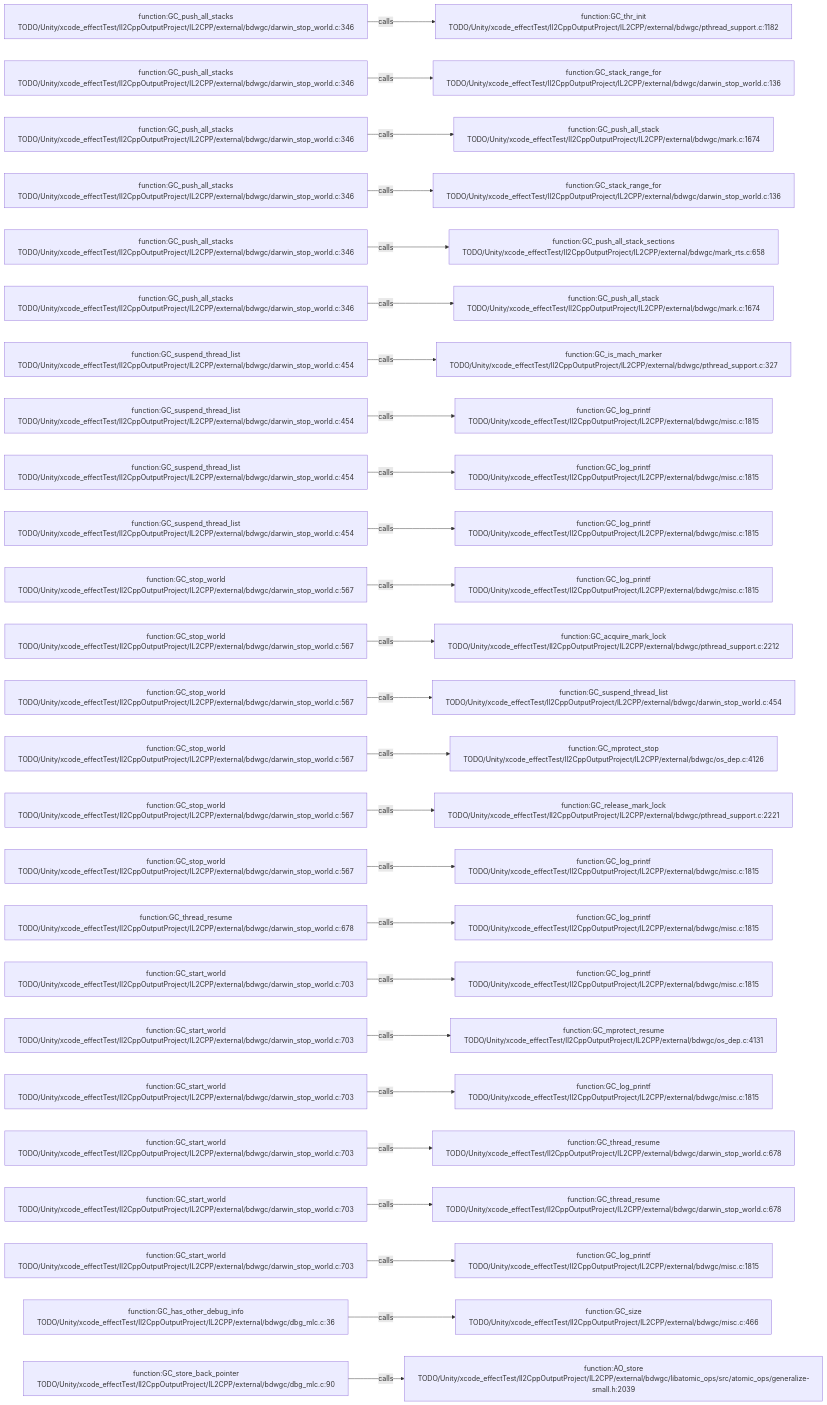
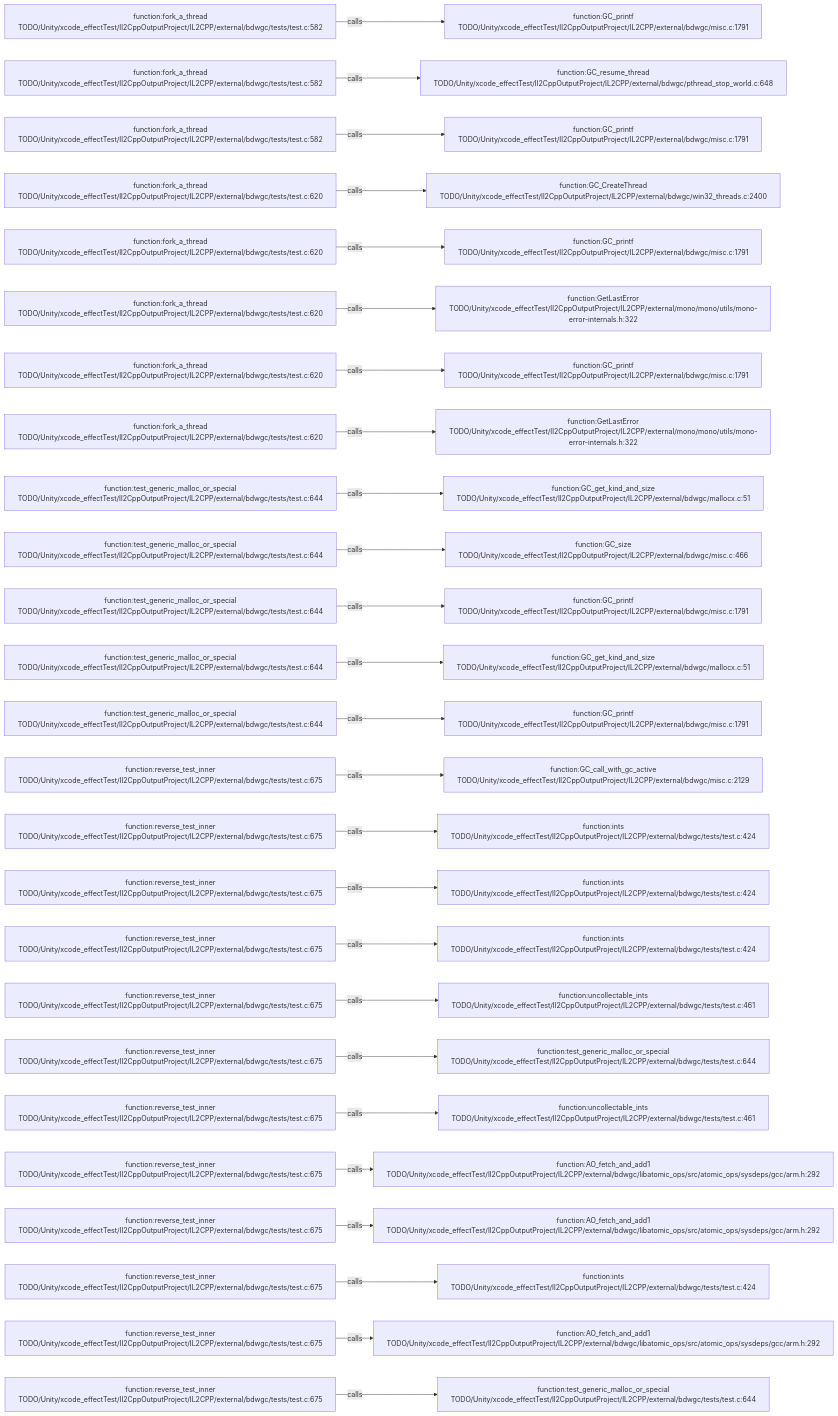
Before and after one commit to JobsKits/JobsSwiftBaseConfigDemo: the diagram in .codegraph/codegraph.md/graphs/calls-164.md, drawn with Mermaid. The commit also changed 227 other files, not shown here.

````diff
--- a/.codegraph/codegraph.md/graphs/calls-164.md
+++ b/.codegraph/codegraph.md/graphs/calls-164.md
@@ -13,78 +13,78 @@
 ```mermaid
 flowchart LR
-  S1["function:GC_push_all_stacks<br/>TODO/Unity/xcode_effectTest/Il2CppOutputProject/IL2CPP/external/bdwgc/darwin_stop_world.c:346"]
-  T1["function:GC_thr_init<br/>TODO/Unity/xcode_effectTest/Il2CppOutputProject/IL2CPP/external/bdwgc/pthread_support.c:1182"]
+  S1["function:fork_a_thread<br/>TODO/Unity/xcode_effectTest/Il2CppOutputProject/IL2CPP/external/bdwgc/tests/test.c:582"]
+  T1["function:GC_printf<br/>TODO/Unity/xcode_effectTest/Il2CppOutputProject/IL2CPP/external/bdwgc/misc.c:1791"]
   S1 -->|calls| T1
-  S2["function:GC_push_all_stacks<br/>TODO/Unity/xcode_effectTest/Il2CppOutputProject/IL2CPP/external/bdwgc/darwin_stop_world.c:346"]
-  T2["function:GC_stack_range_for<br/>TODO/Unity/xcode_effectTest/Il2CppOutputProject/IL2CPP/external/bdwgc/darwin_stop_world.c:136"]
+  S2["function:fork_a_thread<br/>TODO/Unity/xcode_effectTest/Il2CppOutputProject/IL2CPP/external/bdwgc/tests/test.c:582"]
+  T2["function:GC_resume_thread<br/>TODO/Unity/xcode_effectTest/Il2CppOutputProject/IL2CPP/external/bdwgc/pthread_stop_world.c:648"]
   S2 -->|calls| T2
-  S3["function:GC_push_all_stacks<br/>TODO/Unity/xcode_effectTest/Il2CppOutputProject/IL2CPP/external/bdwgc/darwin_stop_world.c:346"]
-  T3["function:GC_push_all_stack<br/>TODO/Unity/xcode_effectTest/Il2CppOutputProject/IL2CPP/external/bdwgc/mark.c:1674"]
+  S3["function:fork_a_thread<br/>TODO/Unity/xcode_effectTest/Il2CppOutputProject/IL2CPP/external/bdwgc/tests/test.c:582"]
+  T3["function:GC_printf<br/>TODO/Unity/xcode_effectTest/Il2CppOutputProject/IL2CPP/external/bdwgc/misc.c:1791"]
   S3 -->|calls| T3
-  S4["function:GC_push_all_stacks<br/>TODO/Unity/xcode_effectTest/Il2CppOutputProject/IL2CPP/external/bdwgc/darwin_stop_world.c:346"]
-  T4["function:GC_stack_range_for<br/>TODO/Unity/xcode_effectTest/Il2CppOutputProject/IL2CPP/external/bdwgc/darwin_stop_world.c:136"]
+  S4["function:fork_a_thread<br/>TODO/Unity/xcode_effectTest/Il2CppOutputProject/IL2CPP/external/bdwgc/tests/test.c:620"]
+  T4["function:GC_CreateThread<br/>TODO/Unity/xcode_effectTest/Il2CppOutputProject/IL2CPP/external/bdwgc/win32_threads.c:2400"]
   S4 -->|calls| T4
-  S5["function:GC_push_all_stacks<br/>TODO/Unity/xcode_effectTest/Il2CppOutputProject/IL2CPP/external/bdwgc/darwin_stop_world.c:346"]
-  T5["function:GC_push_all_stack_sections<br/>TODO/Unity/xcode_effectTest/Il2CppOutputProject/IL2CPP/external/bdwgc/mark_rts.c:658"]
+  S5["function:fork_a_thread<br/>TODO/Unity/xcode_effectTest/Il2CppOutputProject/IL2CPP/external/bdwgc/tests/test.c:620"]
+  T5["function:GC_printf<br/>TODO/Unity/xcode_effectTest/Il2CppOutputProject/IL2CPP/external/bdwgc/misc.c:1791"]
   S5 -->|calls| T5
-  S6["function:GC_push_all_stacks<br/>TODO/Unity/xcode_effectTest/Il2CppOutputProject/IL2CPP/external/bdwgc/darwin_stop_world.c:346"]
-  T6["function:GC_push_all_stack<br/>TODO/Unity/xcode_effectTest/Il2CppOutputProject/IL2CPP/external/bdwgc/mark.c:1674"]
+  S6["function:fork_a_thread<br/>TODO/Unity/xcode_effectTest/Il2CppOutputProject/IL2CPP/external/bdwgc/tests/test.c:620"]
+  T6["function:GetLastError<br/>TODO/Unity/xcode_effectTest/Il2CppOutputProject/IL2CPP/external/mono/mono/utils/mono-error-internals.h:322"]
   S6 -->|calls| T6
-  S7["function:GC_suspend_thread_list<br/>TODO/Unity/xcode_effectTest/Il2CppOutputProject/IL2CPP/external/bdwgc/darwin_stop_world.c:454"]
-  T7["function:GC_is_mach_marker<br/>TODO/Unity/xcode_effectTest/Il2CppOutputProject/IL2CPP/external/bdwgc/pthread_support.c:327"]
+  S7["function:fork_a_thread<br/>TODO/Unity/xcode_effectTest/Il2CppOutputProject/IL2CPP/external/bdwgc/tests/test.c:620"]
+  T7["function:GC_printf<br/>TODO/Unity/xcode_effectTest/Il2CppOutputProject/IL2CPP/external/bdwgc/misc.c:1791"]
   S7 -->|calls| T7
-  S8["function:GC_suspend_thread_list<br/>TODO/Unity/xcode_effectTest/Il2CppOutputProject/IL2CPP/external/bdwgc/darwin_stop_world.c:454"]
-  T8["function:GC_log_printf<br/>TODO/Unity/xcode_effectTest/Il2CppOutputProject/IL2CPP/external/bdwgc/misc.c:1815"]
+  S8["function:fork_a_thread<br/>TODO/Unity/xcode_effectTest/Il2CppOutputProject/IL2CPP/external/bdwgc/tests/test.c:620"]
+  T8["function:GetLastError<br/>TODO/Unity/xcode_effectTest/Il2CppOutputProject/IL2CPP/external/mono/mono/utils/mono-error-internals.h:322"]
   S8 -->|calls| T8
-  S9["function:GC_suspend_thread_list<br/>TODO/Unity/xcode_effectTest/Il2CppOutputProject/IL2CPP/external/bdwgc/darwin_stop_world.c:454"]
-  T9["function:GC_log_printf<br/>TODO/Unity/xcode_effectTest/Il2CppOutputProject/IL2CPP/external/bdwgc/misc.c:1815"]
+  S9["function:test_generic_malloc_or_special<br/>TODO/Unity/xcode_effectTest/Il2CppOutputProject/IL2CPP/external/bdwgc/tests/test.c:644"]
+  T9["function:GC_get_kind_and_size<br/>TODO/Unity/xcode_effectTest/Il2CppOutputProject/IL2CPP/external/bdwgc/mallocx.c:51"]
   S9 -->|calls| T9
-  S10["function:GC_suspend_thread_list<br/>TODO/Unity/xcode_effectTest/Il2CppOutputProject/IL2CPP/external/bdwgc/darwin_stop_world.c:454"]
-  T10["function:GC_log_printf<br/>TODO/Unity/xcode_effectTest/Il2CppOutputProject/IL2CPP/external/bdwgc/misc.c:1815"]
+  S10["function:test_generic_malloc_or_special<br/>TODO/Unity/xcode_effectTest/Il2CppOutputProject/IL2CPP/external/bdwgc/tests/test.c:644"]
+  T10["function:GC_size<br/>TODO/Unity/xcode_effectTest/Il2CppOutputProject/IL2CPP/external/bdwgc/misc.c:466"]
   S10 -->|calls| T10
-  S11["function:GC_stop_world<br/>TODO/Unity/xcode_effectTest/Il2CppOutputProject/IL2CPP/external/bdwgc/darwin_stop_world.c:567"]
-  T11["function:GC_log_printf<br/>TODO/Unity/xcode_effectTest/Il2CppOutputProject/IL2CPP/external/bdwgc/misc.c:1815"]
+  S11["function:test_generic_malloc_or_special<br/>TODO/Unity/xcode_effectTest/Il2CppOutputProject/IL2CPP/external/bdwgc/tests/test.c:644"]
+  T11["function:GC_printf<br/>TODO/Unity/xcode_effectTest/Il2CppOutputProject/IL2CPP/external/bdwgc/misc.c:1791"]
   S11 -->|calls| T11
-  S12["function:GC_stop_world<br/>TODO/Unity/xcode_effectTest/Il2CppOutputProject/IL2CPP/external/bdwgc/darwin_stop_world.c:567"]
-  T12["function:GC_acquire_mark_lock<br/>TODO/Unity/xcode_effectTest/Il2CppOutputProject/IL2CPP/external/bdwgc/pthread_support.c:2212"]
+  S12["function:test_generic_malloc_or_special<br/>TODO/Unity/xcode_effectTest/Il2CppOutputProject/IL2CPP/external/bdwgc/tests/test.c:644"]
+  T12["function:GC_get_kind_and_size<br/>TODO/Unity/xcode_effectTest/Il2CppOutputProject/IL2CPP/external/bdwgc/mallocx.c:51"]
   S12 -->|calls| T12
-  S13["function:GC_stop_world<br/>TODO/Unity/xcode_effectTest/Il2CppOutputProject/IL2CPP/external/bdwgc/darwin_stop_world.c:567"]
-  T13["function:GC_suspend_thread_list<br/>TODO/Unity/xcode_effectTest/Il2CppOutputProject/IL2CPP/external/bdwgc/darwin_stop_world.c:454"]
+  S13["function:test_generic_malloc_or_special<br/>TODO/Unity/xcode_effectTest/Il2CppOutputProject/IL2CPP/external/bdwgc/tests/test.c:644"]
+  T13["function:GC_printf<br/>TODO/Unity/xcode_effectTest/Il2CppOutputProject/IL2CPP/external/bdwgc/misc.c:1791"]
   S13 -->|calls| T13
-  S14["function:GC_stop_world<br/>TODO/Unity/xcode_effectTest/Il2CppOutputProject/IL2CPP/external/bdwgc/darwin_stop_world.c:567"]
-  T14["function:GC_mprotect_stop<br/>TODO/Unity/xcode_effectTest/Il2CppOutputProject/IL2CPP/external/bdwgc/os_dep.c:4126"]
+  S14["function:reverse_test_inner<br/>TODO/Unity/xcode_effectTest/Il2CppOutputProject/IL2CPP/external/bdwgc/tests/test.c:675"]
+  T14["function:GC_call_with_gc_active<br/>TODO/Unity/xcode_effectTest/Il2CppOutputProject/IL2CPP/external/bdwgc/misc.c:2129"]
   S14 -->|calls| T14
-  S15["function:GC_stop_world<br/>TODO/Unity/xcode_effectTest/Il2CppOutputProject/IL2CPP/external/bdwgc/darwin_stop_world.c:567"]
-  T15["function:GC_release_mark_lock<br/>TODO/Unity/xcode_effectTest/Il2CppOutputProject/IL2CPP/external/bdwgc/pthread_support.c:2221"]
+  S15["function:reverse_test_inner<br/>TODO/Unity/xcode_effectTest/Il2CppOutputProject/IL2CPP/external/bdwgc/tests/test.c:675"]
+  T15["function:ints<br/>TODO/Unity/xcode_effectTest/Il2CppOutputProject/IL2CPP/external/bdwgc/tests/test.c:424"]
   S15 -->|calls| T15
-  S16["function:GC_stop_world<br/>TODO/Unity/xcode_effectTest/Il2CppOutputProject/IL2CPP/external/bdwgc/darwin_stop_world.c:567"]
-  T16["function:GC_log_printf<br/>TODO/Unity/xcode_effectTest/Il2CppOutputProject/IL2CPP/external/bdwgc/misc.c:1815"]
+  S16["function:reverse_test_inner<br/>TODO/Unity/xcode_effectTest/Il2CppOutputProject/IL2CPP/external/bdwgc/tests/test.c:675"]
+  T16["function:ints<br/>TODO/Unity/xcode_effectTest/Il2CppOutputProject/IL2CPP/external/bdwgc/tests/test.c:424"]
   S16 -->|calls| T16
-  S17["function:GC_thread_resume<br/>TODO/Unity/xcode_effectTest/Il2CppOutputProject/IL2CPP/external/bdwgc/darwin_stop_world.c:678"]
-  T17["function:GC_log_printf<br/>TODO/Unity/xcode_effectTest/Il2CppOutputProject/IL2CPP/external/bdwgc/misc.c:1815"]
+  S17["function:reverse_test_inner<br/>TODO/Unity/xcode_effectTest/Il2CppOutputProject/IL2CPP/external/bdwgc/tests/test.c:675"]
+  T17["function:ints<br/>TODO/Unity/xcode_effectTest/Il2CppOutputProject/IL2CPP/external/bdwgc/tests/test.c:424"]
   S17 -->|calls| T17
-  S18["function:GC_start_world<br/>TODO/Unity/xcode_effectTest/Il2CppOutputProject/IL2CPP/external/bdwgc/darwin_stop_world.c:703"]
-  T18["function:GC_log_printf<br/>TODO/Unity/xcode_effectTest/Il2CppOutputProject/IL2CPP/external/bdwgc/misc.c:1815"]
+  S18["function:reverse_test_inner<br/>TODO/Unity/xcode_effectTest/Il2CppOutputProject/IL2CPP/external/bdwgc/tests/test.c:675"]
+  T18["function:uncollectable_ints<br/>TODO/Unity/xcode_effectTest/Il2CppOutputProject/IL2CPP/external/bdwgc/tests/test.c:461"]
   S18 -->|calls| T18
-  S19["function:GC_start_world<br/>TODO/Unity/xcode_effectTest/Il2CppOutputProject/IL2CPP/external/bdwgc/darwin_stop_world.c:703"]
-  T19["function:GC_mprotect_resume<br/>TODO/Unity/xcode_effectTest/Il2CppOutputProject/IL2CPP/external/bdwgc/os_dep.c:4131"]
+  S19["function:reverse_test_inner<br/>TODO/Unity/xcode_effectTest/Il2CppOutputProject/IL2CPP/external/bdwgc/tests/test.c:675"]
+  T19["function:test_generic_malloc_or_special<br/>TODO/Unity/xcode_effectTest/Il2CppOutputProject/IL2CPP/external/bdwgc/tests/test.c:644"]
   S19 -->|calls| T19
-  S20["function:GC_start_world<br/>TODO/Unity/xcode_effectTest/Il2CppOutputProject/IL2CPP/external/bdwgc/darwin_stop_world.c:703"]
-  T20["function:GC_log_printf<br/>TODO/Unity/xcode_effectTest/Il2CppOutputProject/IL2CPP/external/bdwgc/misc.c:1815"]
+  S20["function:reverse_test_inner<br/>TODO/Unity/xcode_effectTest/Il2CppOutputProject/IL2CPP/external/bdwgc/tests/test.c:675"]
+  T20["function:uncollectable_ints<br/>TODO/Unity/xcode_effectTest/Il2CppOutputProject/IL2CPP/external/bdwgc/tests/test.c:461"]
   S20 -->|calls| T20
-  S21["function:GC_start_world<br/>TODO/Unity/xcode_effectTest/Il2CppOutputProject/IL2CPP/external/bdwgc/darwin_stop_world.c:703"]
-  T21["function:GC_thread_resume<br/>TODO/Unity/xcode_effectTest/Il2CppOutputProject/IL2CPP/external/bdwgc/darwin_stop_world.c:678"]
+  S21["function:reverse_test_inner<br/>TODO/Unity/xcode_effectTest/Il2CppOutputProject/IL2CPP/external/bdwgc/tests/test.c:675"]
+  T21["function:AO_fetch_and_add1<br/>TODO/Unity/xcode_effectTest/Il2CppOutputProject/IL2CPP/external/bdwgc/libatomic_ops/src/atomic_ops/sysdeps/gcc/arm.h:292"]
   S21 -->|calls| T21
-  S22["function:GC_start_world<br/>TODO/Unity/xcode_effectTest/Il2CppOutputProject/IL2CPP/external/bdwgc/darwin_stop_world.c:703"]
-  T22["function:GC_thread_resume<br/>TODO/Unity/xcode_effectTest/Il2CppOutputProject/IL2CPP/external/bdwgc/darwin_stop_world.c:678"]
+  S22["function:reverse_test_inner<br/>TODO/Unity/xcode_effectTest/Il2CppOutputProject/IL2CPP/external/bdwgc/tests/test.c:675"]
+  T22["function:AO_fetch_and_add1<br/>TODO/Unity/xcode_effectTest/Il2CppOutputProject/IL2CPP/external/bdwgc/libatomic_ops/src/atomic_ops/sysdeps/gcc/arm.h:292"]
   S22 -->|calls| T22
-  S23["function:GC_start_world<br/>TODO/Unity/xcode_effectTest/Il2CppOutputProject/IL2CPP/external/bdwgc/darwin_stop_world.c:703"]
-  T23["function:GC_log_printf<br/>TODO/Unity/xcode_effectTest/Il2CppOutputProject/IL2CPP/external/bdwgc/misc.c:1815"]
+  S23["function:reverse_test_inner<br/>TODO/Unity/xcode_effectTest/Il2CppOutputProject/IL2CPP/external/bdwgc/tests/test.c:675"]
+  T23["function:ints<br/>TODO/Unity/xcode_effectTest/Il2CppOutputProject/IL2CPP/external/bdwgc/tests/test.c:424"]
   S23 -->|calls| T23
-  S24["function:GC_has_other_debug_info<br/>TODO/Unity/xcode_effectTest/Il2CppOutputProject/IL2CPP/external/bdwgc/dbg_mlc.c:36"]
-  T24["function:GC_size<br/>TODO/Unity/xcode_effectTest/Il2CppOutputProject/IL2CPP/external/bdwgc/misc.c:466"]
+  S24["function:reverse_test_inner<br/>TODO/Unity/xcode_effectTest/Il2CppOutputProject/IL2CPP/external/bdwgc/tests/test.c:675"]
+  T24["function:AO_fetch_and_add1<br/>TODO/Unity/xcode_effectTest/Il2CppOutputProject/IL2CPP/external/bdwgc/libatomic_ops/src/atomic_ops/sysdeps/gcc/arm.h:292"]
   S24 -->|calls| T24
-  S25["function:GC_store_back_pointer<br/>TODO/Unity/xcode_effectTest/Il2CppOutputProject/IL2CPP/external/bdwgc/dbg_mlc.c:90"]
-  T25["function:AO_store<br/>TODO/Unity/xcode_effectTest/Il2CppOutputProject/IL2CPP/external/bdwgc/libatomic_ops/src/atomic_ops/generalize-small.h:2039"]
+  S25["function:reverse_test_inner<br/>TODO/Unity/xcode_effectTest/Il2CppOutputProject/IL2CPP/external/bdwgc/tests/test.c:675"]
+  T25["function:test_generic_malloc_or_special<br/>TODO/Unity/xcode_effectTest/Il2CppOutputProject/IL2CPP/external/bdwgc/tests/test.c:644"]
   S25 -->|calls| T25
 ```
````
